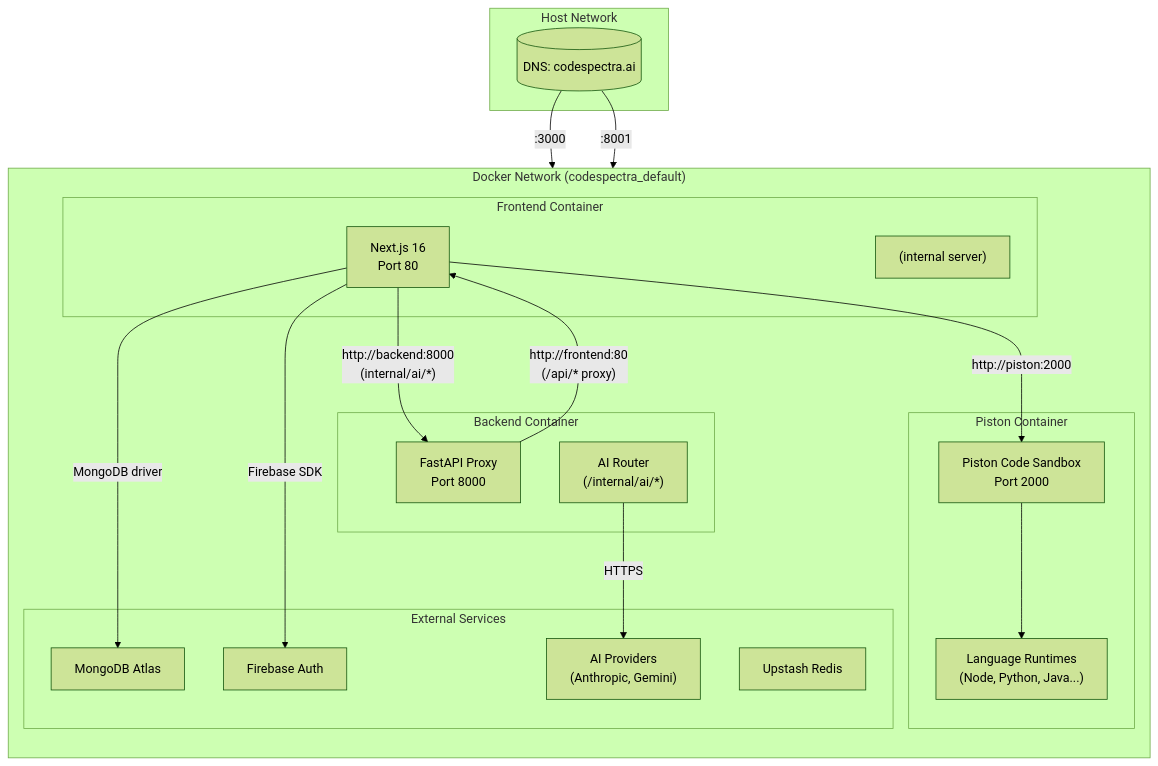
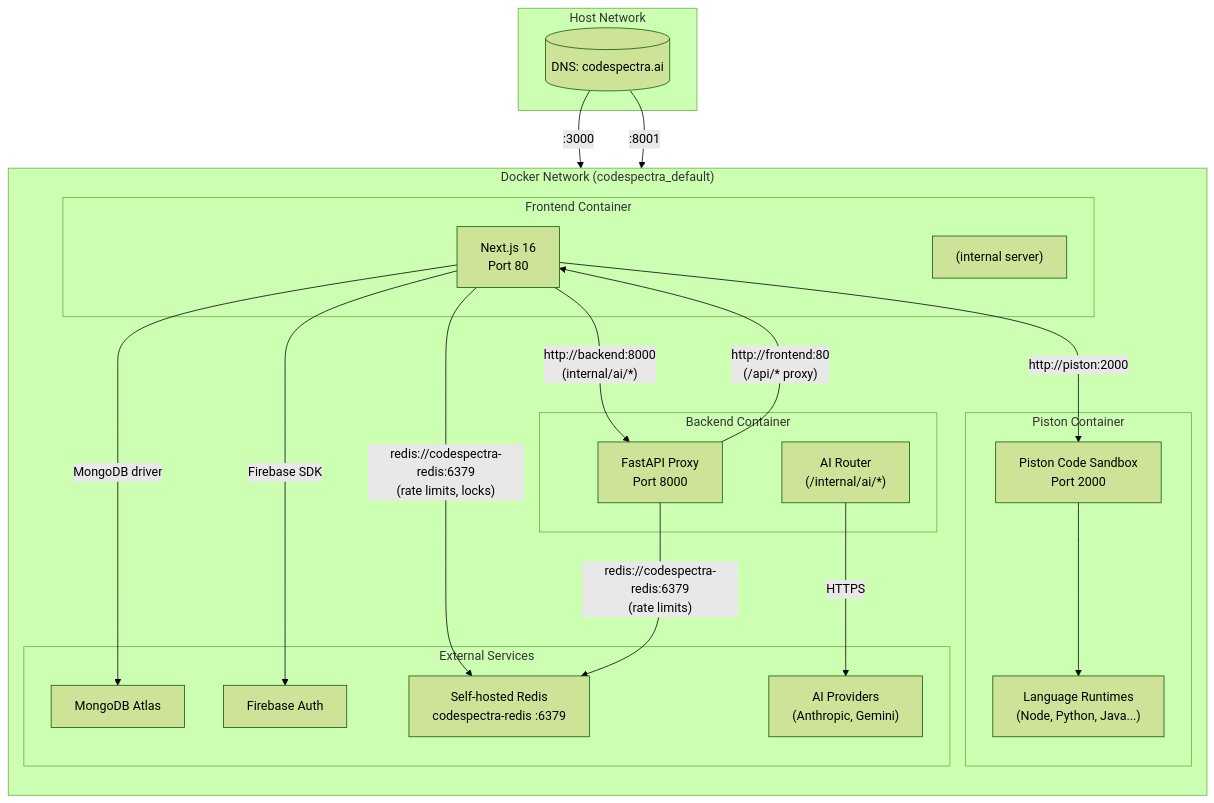
One commit to kktejas07/CodeSpectra-Master changed the first of 2 diagrams in docs/devops/02-Docker-Architecture.md. Above: the diagram before and after it, drawn with Mermaid (forest theme). The commit also changed other lines of this file and 24 other files, not shown here.

First line of the commit message:
feat: v0.22.9 Redis-backed route rate limiting + distributed scheduler lock

````diff
--- a/docs/devops/02-Docker-Architecture.md
+++ b/docs/devops/02-Docker-Architecture.md
@@ -12,45 +12,47 @@
 ```mermaid
 graph TB
     subgraph "Host Network"
         INGRESS[("DNS: codespectra.ai")]
     end
 
     subgraph "Docker Network (codespectra_default)"
         direction TB
 
         subgraph "Frontend Container"
             F_APP["Next.js 16<br/>Port 80"]
             F_NGINX["(internal server)"]
         end
 
         subgraph "Backend Container"
             B_FASTAPI["FastAPI Proxy<br/>Port 8000"]
             B_AI["AI Router<br/>(/internal/ai/*)"]
         end
 
         subgraph "Piston Container"
             P_PISTON["Piston Code Sandbox<br/>Port 2000"]
             P_RUNNERS["Language Runtimes<br/>(Node, Python, Java...)"]
         end
 
         subgraph "External Services"
             MDB[MongoDB Atlas]
             FIRE[Firebase Auth]
             LLM["AI Providers<br/>(Anthropic, Gemini)"]
-            UPST[Upstash Redis]
+            REDIS[Self-hosted Redis<br/>codespectra-redis :6379]
         end
     end
 
     INGRESS -->|":3000"| F_APP
     INGRESS -->|":8001"| B_FASTAPI
 
     F_APP -->|"http://piston:2000"| P_PISTON
     F_APP -->|"http://backend:8000<br/>(internal/ai/*)"| B_FASTAPI
     F_APP -->|MongoDB driver| MDB
     F_APP -->|Firebase SDK| FIRE
+    F_APP -->|"redis://codespectra-redis:6379<br/>(rate limits, locks)"| REDIS
+    B_FASTAPI -->|"redis://codespectra-redis:6379<br/>(rate limits)"| REDIS
 
     B_FASTAPI -->|"http://frontend:80<br/>(/api/* proxy)"| F_APP
     B_AI -->|HTTPS| LLM
 
     P_PISTON --> P_RUNNERS
 ```
````
